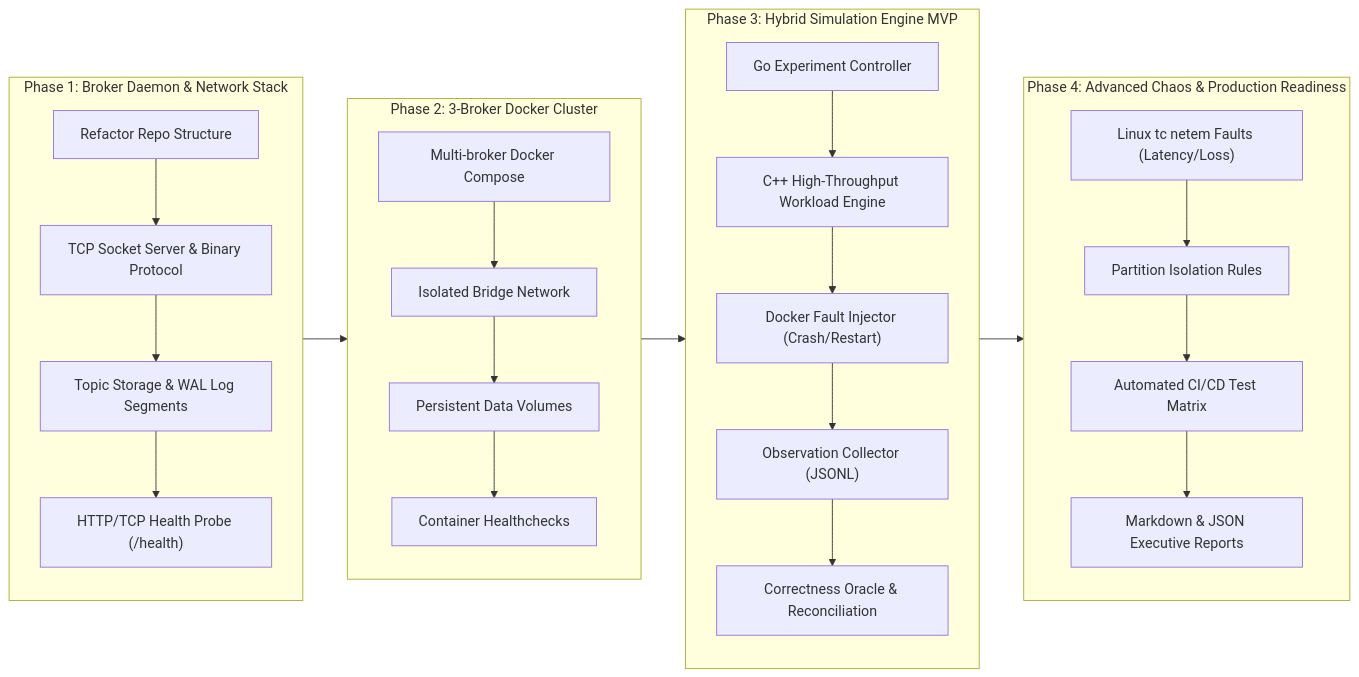
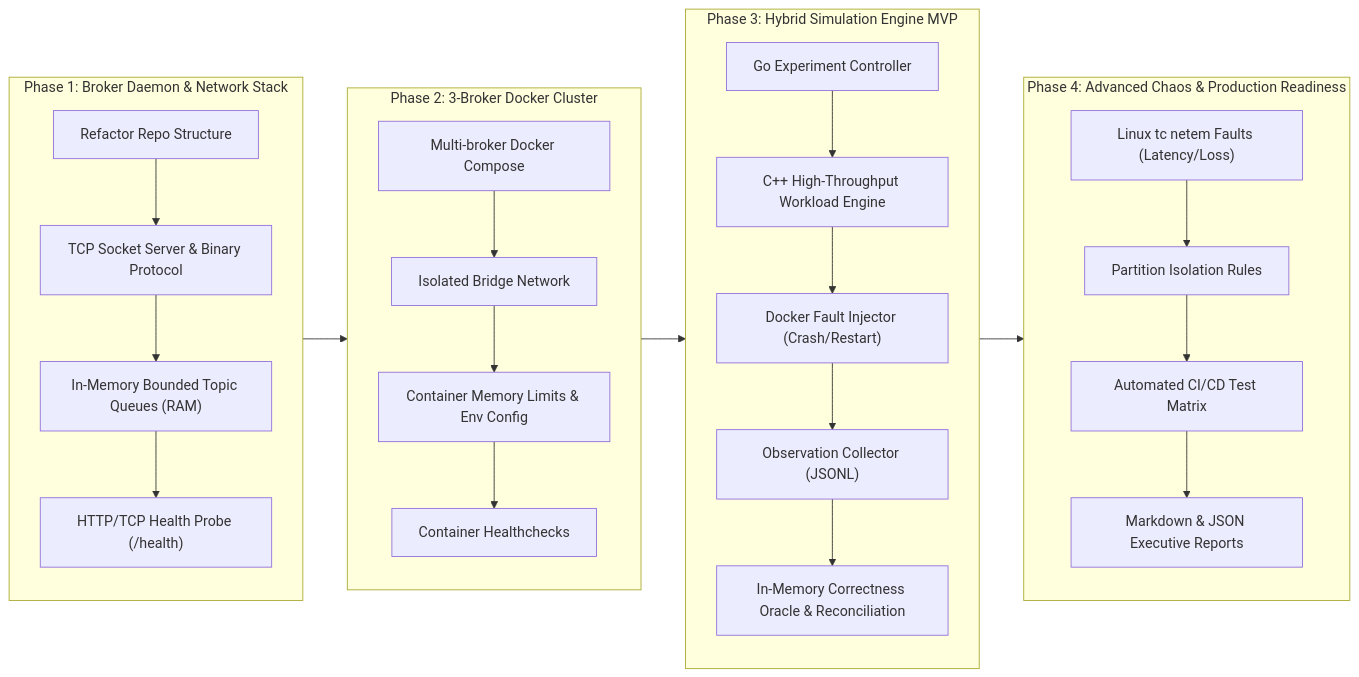
Before and after one commit to ansh0014/Hydra-Stream: the first of 12 diagrams in docs/system-diagrams.md, drawn with Mermaid. The commit also changed other lines of this file, not shown here.

````diff
--- a/docs/system-diagrams.md
+++ b/docs/system-diagrams.md
@@ -9,35 +9,35 @@
 ```mermaid
 flowchart LR
     subgraph P1["Phase 1: Broker Daemon & Network Stack"]
         direction TB
         P1_A["Refactor Repo Structure"] --> P1_B["TCP Socket Server & Binary Protocol"]
-        P1_B --> P1_C["Topic Storage & WAL Log Segments"]
+        P1_B --> P1_C["In-Memory Bounded Topic Queues (RAM)"]
         P1_C --> P1_D["HTTP/TCP Health Probe (/health)"]
     end
 
     subgraph P2["Phase 2: 3-Broker Docker Cluster"]
         direction TB
         P2_A["Multi-broker Docker Compose"] --> P2_B["Isolated Bridge Network"]
-        P2_B --> P2_C["Persistent Data Volumes"]
+        P2_B --> P2_C["Container Memory Limits & Env Config"]
         P2_C --> P2_D["Container Healthchecks"]
     end
 
     subgraph P3["Phase 3: Hybrid Simulation Engine MVP"]
         direction TB
         P3_A["Go Experiment Controller"] --> P3_B["C++ High-Throughput Workload Engine"]
         P3_B --> P3_C["Docker Fault Injector (Crash/Restart)"]
         P3_C --> P3_D["Observation Collector (JSONL)"]
-        P3_D --> P3_E["Correctness Oracle & Reconciliation"]
+        P3_D --> P3_E["In-Memory Correctness Oracle & Reconciliation"]
     end
 
     subgraph P4["Phase 4: Advanced Chaos & Production Readiness"]
         direction TB
         P4_A["Linux tc netem Faults (Latency/Loss)"] --> P4_B["Partition Isolation Rules"]
         P4_B --> P4_C["Automated CI/CD Test Matrix"]
         P4_C --> P4_D["Markdown & JSON Executive Reports"]
     end
 
     P1 --> P2
     P2 --> P3
     P3 --> P4
 ```
````
